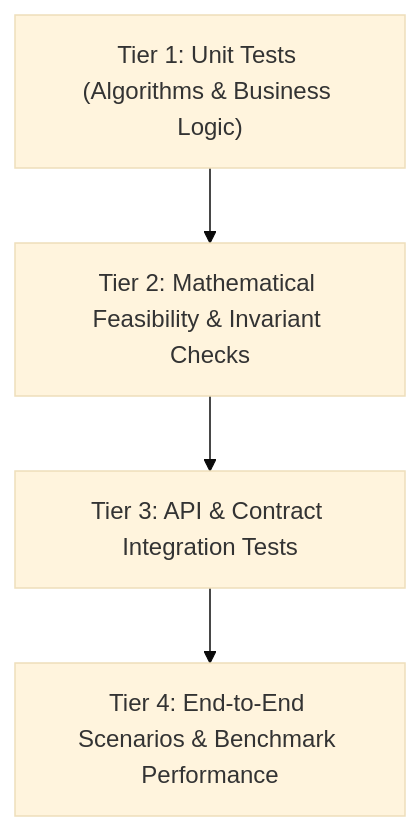
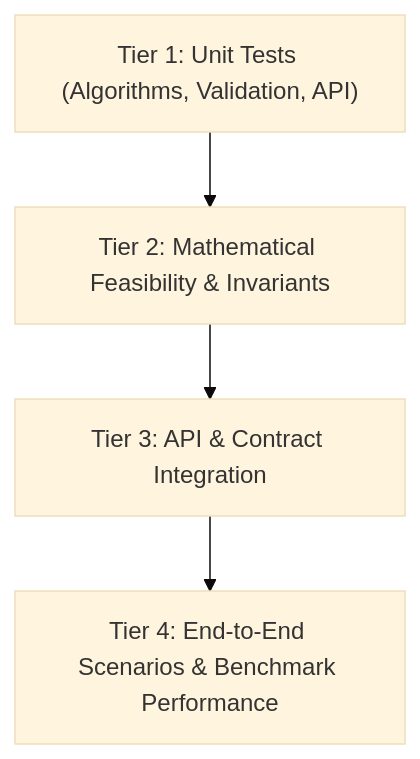
One commit to NTbankey1/LogiMind changed the diagram in docs/testing-strategy.md. Above: the diagram before and after it, drawn with Mermaid (base theme). The commit also changed other lines of this file and 13 other files, not shown here.

First line of the commit message:
docs(tv2): align API contract and business docs with Policy A

````diff
--- a/docs/testing-strategy.md
+++ b/docs/testing-strategy.md
@@ -19,9 +48,8 @@
 ```mermaid
 graph TD
-    T1["Tier 1: Unit Tests (Algorithms & Business Logic)"]
-    T2["Tier 2: Mathematical Feasibility & Invariant Checks"]
-    T3["Tier 3: API & Contract Integration Tests"]
+    T1["Tier 1: Unit Tests (Algorithms, Validation, API)"]
+    T2["Tier 2: Mathematical Feasibility & Invariants"]
+    T3["Tier 3: API & Contract Integration"]
     T4["Tier 4: End-to-End Scenarios & Benchmark Performance"]
-
     T1 --> T2 --> T3 --> T4
 ```
````
